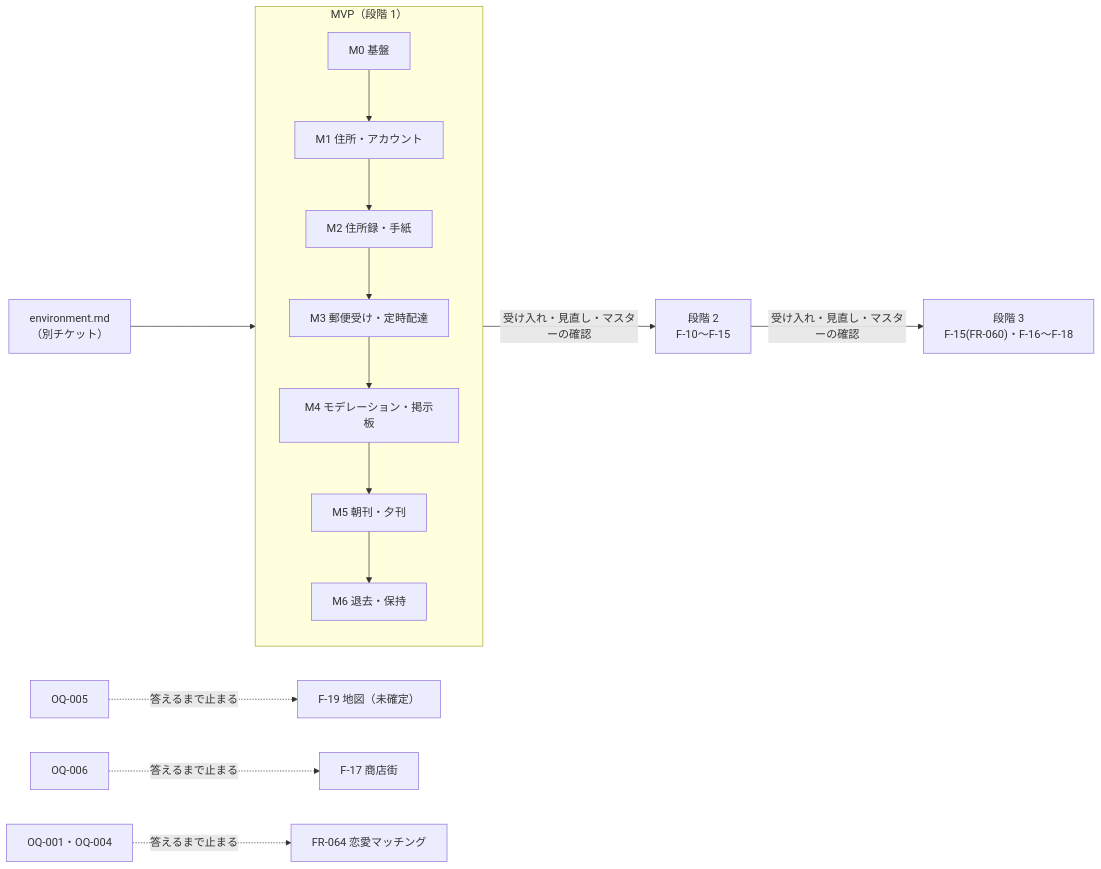
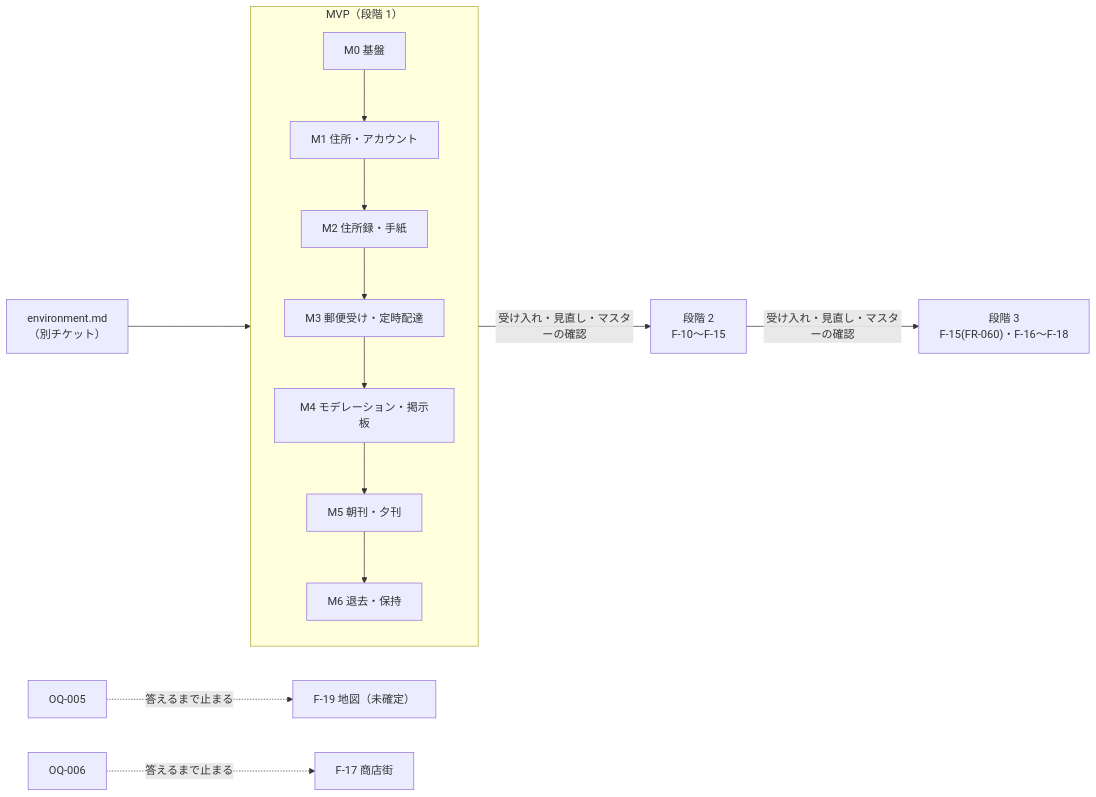
The diagram in .ai/roadmap.md (BONUS-git/yuguregaoka-3chome), drawn with Mermaid before and after one commit. The commit also changed other lines of this file and 9 other files, not shown here.

````diff
--- a/.ai/roadmap.md
+++ b/.ai/roadmap.md
@@ -71,12 +71,11 @@
 ```mermaid
 flowchart LR
     ENV["environment.md\n（別チケット）"] --> MVP
     subgraph MVP["MVP（段階 1）"]
         M0["M0 基盤"] --> M1["M1 住所・アカウント"] --> M2["M2 住所録・手紙"] --> M3["M3 郵便受け・定時配達"] --> M4["M4 モデレーション・掲示板"] --> M5["M5 朝刊・夕刊"] --> M6["M6 退去・保持"]
     end
     MVP -->|"受け入れ・見直し・マスターの確認"| S2["段階 2\nF-10〜F-15"]
     S2 -->|"受け入れ・見直し・マスターの確認"| S3["段階 3\nF-15(FR-060)・F-16〜F-18"]
     OQ5["OQ-005"] -.->|答えるまで止まる| F19["F-19 地図（未確定）"]
     OQ6["OQ-006"] -.->|答えるまで止まる| F17["F-17 商店街"]
-    OQ1["OQ-001・OQ-004"] -.->|答えるまで止まる| F64["FR-064 恋愛マッチング"]
 ```
````
